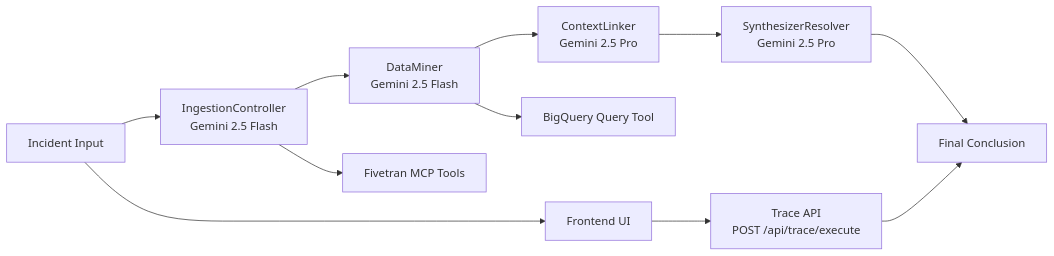
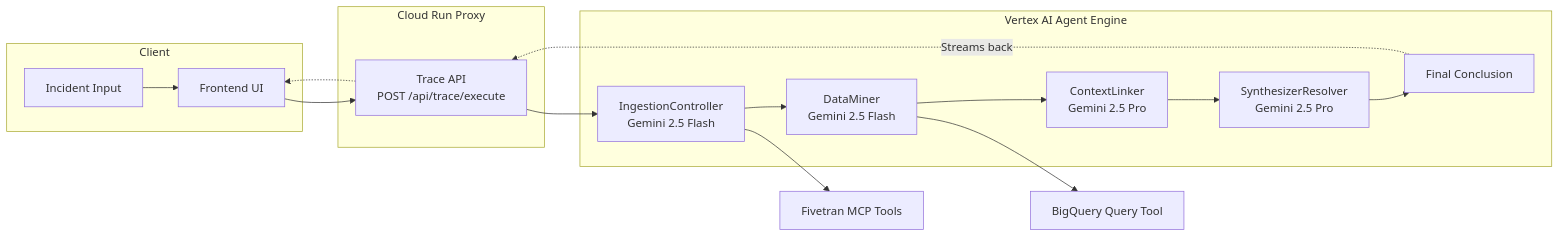
The first of 2 diagrams in README.md (siliconstrength/Archeologist), drawn with Mermaid before and after one commit. The commit also changed other lines of this file and 31 other files, not shown here.

````diff
--- a/README.md
+++ b/README.md
@@ -91,15 +119,24 @@
 ```mermaid
 flowchart LR
-    U[Incident Input] --> A1[IngestionController\nGemini 2.5 Flash]
-    A1 --> A2[DataMiner\nGemini 2.5 Flash]
-    A2 --> A3[ContextLinker\nGemini 2.5 Pro]
-    A3 --> A4[SynthesizerResolver\nGemini 2.5 Pro]
-    A4 --> R[Final Conclusion]
-
-    A1 --> FT[Fivetran MCP Tools]
-    A2 --> BQ[BigQuery Query Tool]
-
-    U --> UI[Frontend UI]
-    UI --> API[Trace API\nPOST /api/trace/execute]
-    API --> R
+    subgraph Client
+        U["Incident Input"] --> UI["Frontend UI"]
+    end
+    
+    subgraph CloudRun ["Cloud Run Proxy"]
+        UI --> API["Trace API<br>POST /api/trace/execute"]
+    end
+    
+    subgraph VertexAI ["Vertex AI Agent Engine"]
+        API --> A1["IngestionController<br>Gemini 2.5 Flash"]
+        A1 --> A2["DataMiner<br>Gemini 2.5 Flash"]
+        A2 --> A3["ContextLinker<br>Gemini 2.5 Pro"]
+        A3 --> A4["SynthesizerResolver<br>Gemini 2.5 Pro"]
+        A4 --> R["Final Conclusion"]
+    end
+    
+    A1 --> FT["Fivetran MCP Tools"]
+    A2 --> BQ["BigQuery Query Tool"]
+    
+    R -.->|"Streams back"| API
+    API -.-> UI
 ```
````
